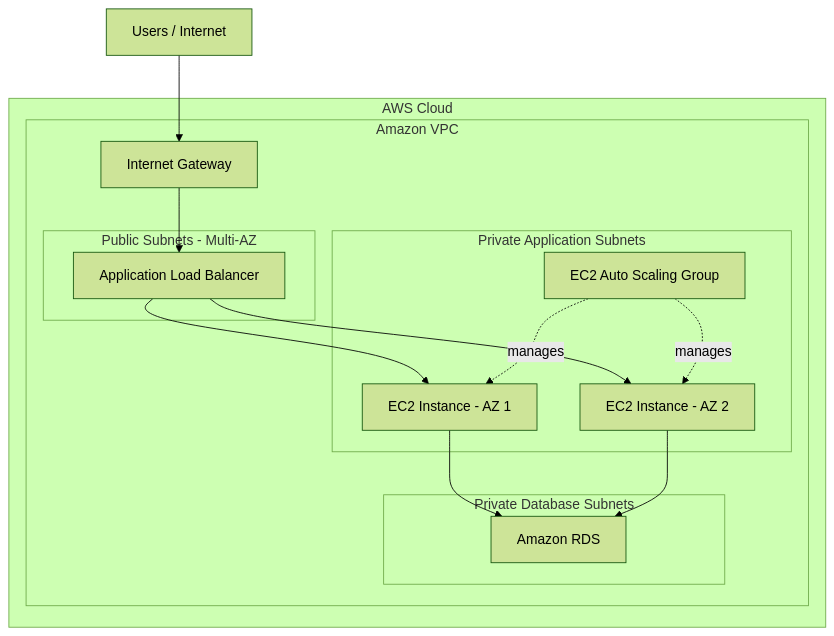
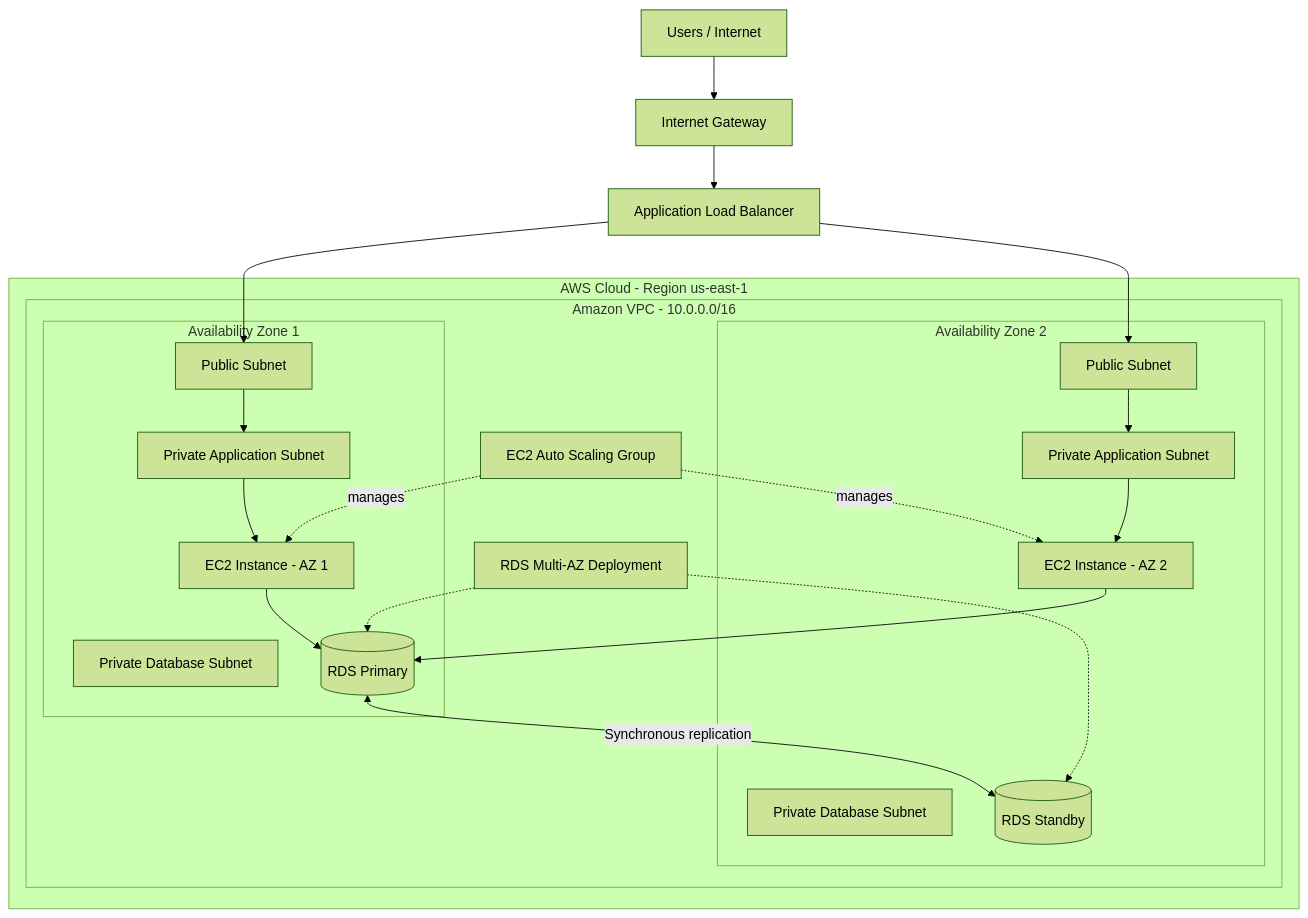
The diagram in architecture.mmd (MuraliPuli/aws-three-tier-web-architecture), drawn with Mermaid (forest theme) before and after one commit.

Commit message:
Improve AWS three-tier architecture diagram

```diff
--- a/architecture.mmd
+++ b/architecture.mmd
@@ -1,32 +1,47 @@
 
 flowchart TB
-    U["Users / Internet"]
+    User["Users / Internet"]
+    IGW["Internet Gateway"]
+    ALB["Application Load Balancer"]
 
-    subgraph AWS["AWS Cloud"]
-        subgraph VPC["Amazon VPC"]
-            IGW["Internet Gateway"]
+    subgraph AWS["AWS Cloud - Region us-east-1"]
+        subgraph VPC["Amazon VPC - 10.0.0.0/16"]
 
-            subgraph PUBLIC["Public Subnets - Multi-AZ"]
-                ALB["Application Load Balancer"]
+            subgraph AZ1["Availability Zone 1"]
+                PUB1["Public Subnet"]
+                APP1["Private Application Subnet"]
+                EC2A["EC2 Instance - AZ 1"]
+                DB1["Private Database Subnet"]
+                RDS1[("RDS Primary")]
             end
 
-            subgraph PRIVATE_APP["Private Application Subnets"]
-                ASG["EC2 Auto Scaling Group"]
-                EC2A["EC2 Instance - AZ 1"]
+            subgraph AZ2["Availability Zone 2"]
+                PUB2["Public Subnet"]
+                APP2["Private Application Subnet"]
                 EC2B["EC2 Instance - AZ 2"]
+                DB2["Private Database Subnet"]
+                RDS2[("RDS Standby")]
             end
 
-            subgraph PRIVATE_DB["Private Database Subnets"]
-                RDS["Amazon RDS"]
-            end
+            ASG["EC2 Auto Scaling Group"]
+            DBGROUP["RDS Multi-AZ Deployment"]
         end
     end
 
-    U --> IGW
+    User --> IGW
     IGW --> ALB
-    ALB --> EC2A
-    ALB --> EC2B
+    ALB --> PUB1
+    ALB --> PUB2
+    PUB1 --> APP1
+    PUB2 --> APP2
+    APP1 --> EC2A
+    APP2 --> EC2B
+
     ASG -. manages .-> EC2A
     ASG -. manages .-> EC2B
-    EC2A --> RDS
-    EC2B --> RDS
+
+    EC2A --> RDS1
+    EC2B --> RDS1
+    DBGROUP -.-> RDS1
+    DBGROUP -.-> RDS2
+    RDS1 <-->|Synchronous replication| RDS2
```
